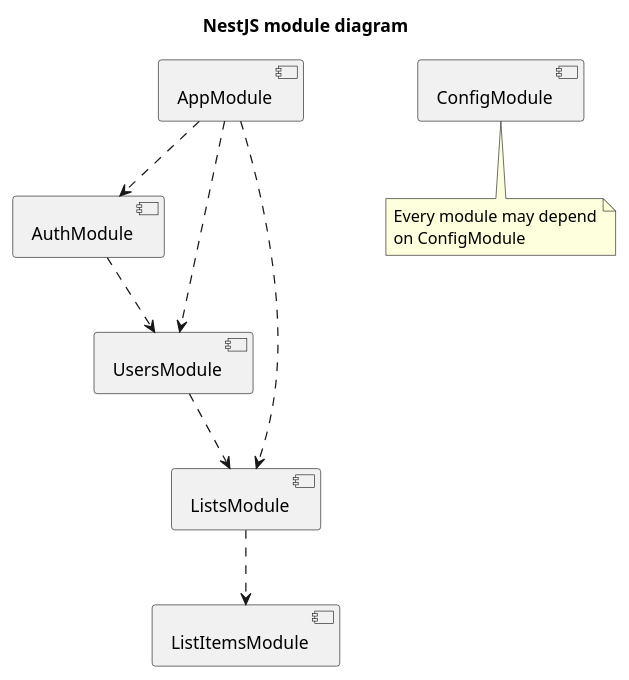
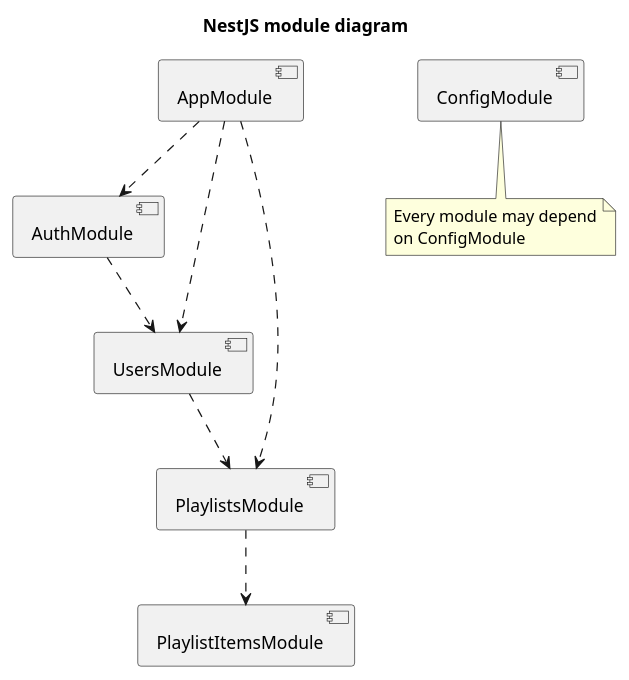
Before and after one commit to angrynerds-pl/kpz-yt-api: the diagram in docs/src/diagrams/src/moduleDiagram.pu, drawn with PlantUML. The commit also changed 1 other file, not shown here.

Commit message:
Update entity diagram use 'Playlist' entity name

```diff
--- a/docs/src/diagrams/src/moduleDiagram.pu
+++ b/docs/src/diagrams/src/moduleDiagram.pu
@@ -1,26 +1,26 @@
 @startuml moduleDiagram
 title NestJS module diagram
 
 component "AppModule" as app_module
 component "ConfigModule" as config_module
 component "AuthModule" as auth_module
 component "UsersModule" as users_module
-component "ListsModule" as lists_module
-component "ListItemsModule" as list_items_module
+component "PlaylistsModule" as lists_module
+component "PlaylistItemsModule" as list_items_module
 
 app_module .-> auth_module
 app_module .-> users_module
 app_module .-> lists_module
 
 auth_module .-> users_module
 
 users_module .-> lists_module
 
 lists_module .-> list_items_module
 
 note bottom of config_module
 Every module may depend
 on ConfigModule
 end note
 
 @enduml
```
